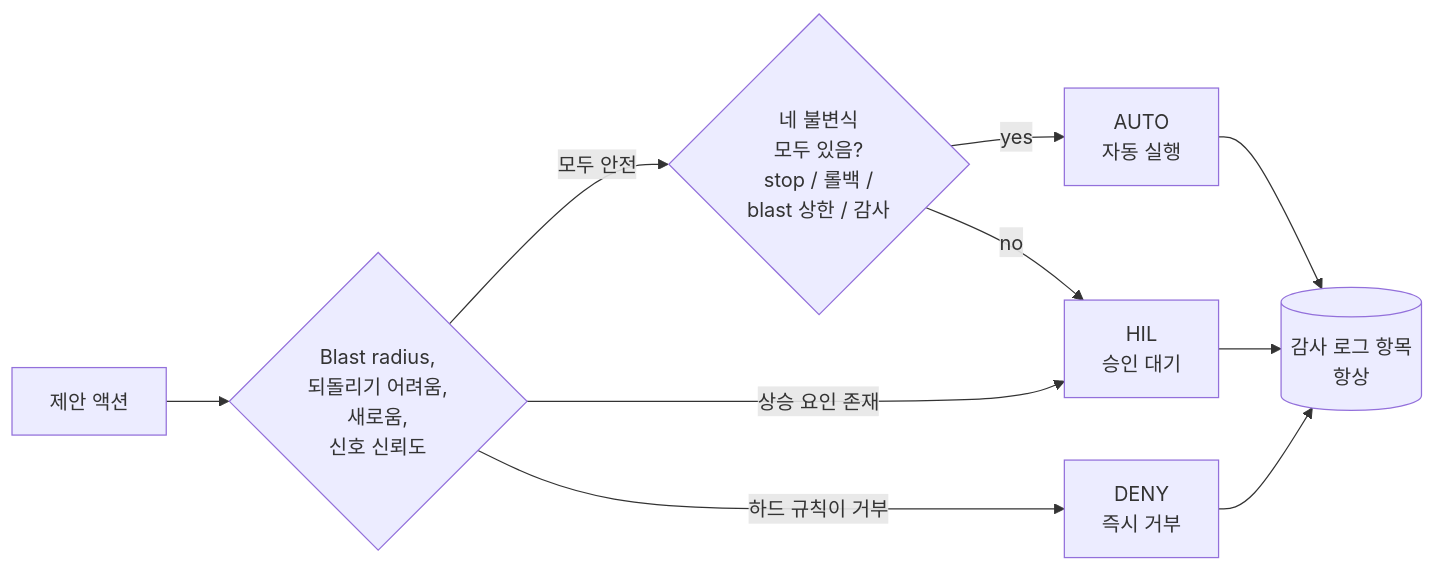
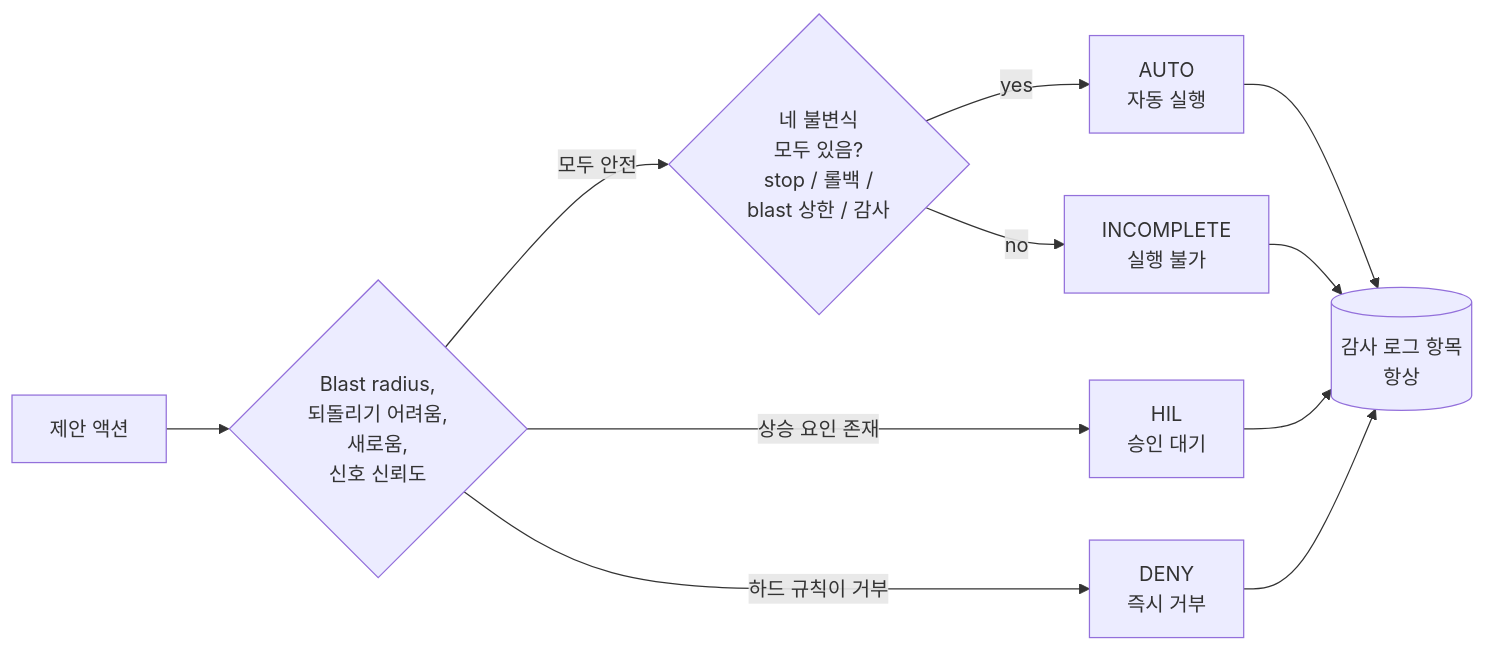
One commit to dotnetpower/azurewatcher changed the diagram in docs/user-guide/concepts/risk-tiers-ko.md. Above: the diagram before and after it, drawn with Mermaid. The commit also changed other lines of this file and 21 other files, not shown here.

````diff
--- a/docs/user-guide/concepts/risk-tiers-ko.md
+++ b/docs/user-guide/concepts/risk-tiers-ko.md
@@ -22,14 +22,16 @@
 ```mermaid
 flowchart LR
   A[제안 액션]
   A --> C{Blast radius,<br/>되돌리기 어려움,<br/>새로움,<br/>신호 신뢰도}
   C -->|모두 안전| I{네 불변식<br/>모두 있음?<br/>stop / 롤백 /<br/>blast 상한 / 감사}
   C -->|상승 요인 존재| H
   C -->|하드 규칙이 거부| D
   I -->|yes| AU[AUTO<br/>자동 실행]
-  I -->|no| H[HIL<br/>승인 대기]
+  I -->|no| X[INCOMPLETE<br/>실행 불가]
+  H[HIL<br/>승인 대기]
   D[DENY<br/>즉시 거부]
   AU --> AUD[(감사 로그 항목<br/>항상)]
   H --> AUD
   D --> AUD
+  X --> AUD
 ```
````
